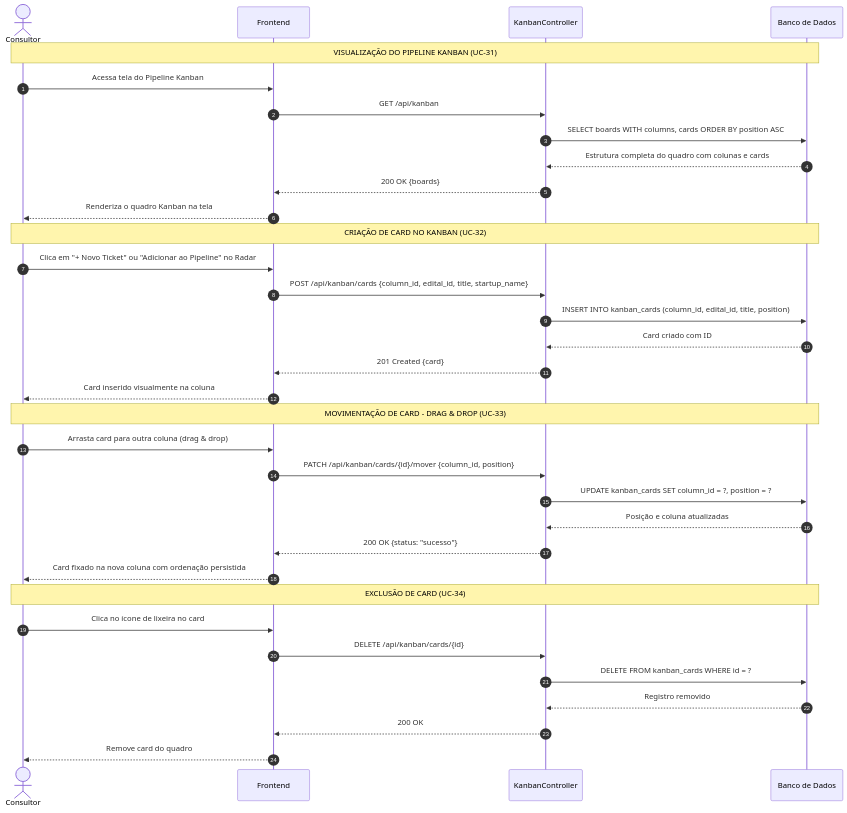
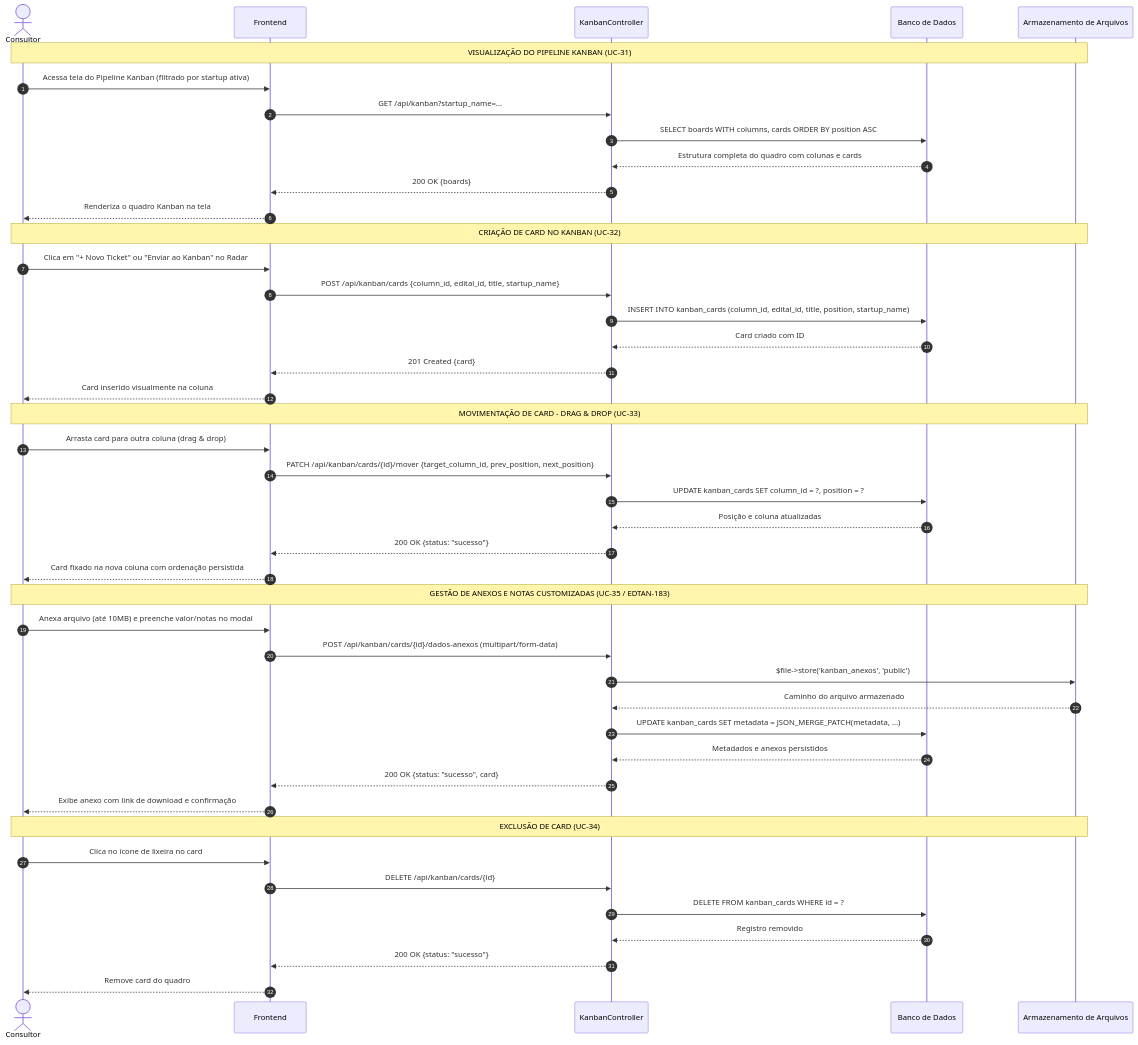
One commit to RobertoYz/PROJETO-ESCOLA-TI- changed the diagram in Documentação/Artefatos - 004/DIAGRAMA DE SEQUENCIA/Codigo mermaid/DS-07-KANBAN.mmd. Above: the diagram before and after it, drawn with Mermaid. The commit also changed 10 other files, not shown here.

Commit message:
EDTAN-184: Ajusta requisitos, diagramas, manuais e correcoes de codigo do Kanban

```diff
--- a/Documentação/Artefatos - 004/DIAGRAMA DE SEQUENCIA/Codigo mermaid/DS-07-KANBAN.mmd
+++ b/Documentação/Artefatos - 004/DIAGRAMA DE SEQUENCIA/Codigo mermaid/DS-07-KANBAN.mmd
@@ -1,42 +1,53 @@
 %% ────────────────────────────────────────────────────────────
 %% DS-07: PIPELINE KANBAN (UC-31 a UC-35)
-%% Visualização, criação, movimentação e exclusão de cards no fluxo REST
+%% Visualização, criação, movimentação, anexos e exclusão de cards no fluxo REST
 %% ────────────────────────────────────────────────────────────
 sequenceDiagram
     autonumber
     actor Consultor
     participant Frontend
     participant KanbanController
     participant BD as Banco de Dados
+    participant Storage as Armazenamento de Arquivos
 
-    Note over Consultor,BD: VISUALIZAÇÃO DO PIPELINE KANBAN (UC-31)
-    Consultor->>Frontend: Acessa tela do Pipeline Kanban
-    Frontend->>KanbanController: GET /api/kanban
+    Note over Consultor,Storage: VISUALIZAÇÃO DO PIPELINE KANBAN (UC-31)
+    Consultor->>Frontend: Acessa tela do Pipeline Kanban (filtrado por startup ativa)
+    Frontend->>KanbanController: GET /api/kanban?startup_name=...
     KanbanController->>BD: SELECT boards WITH columns, cards ORDER BY position ASC
     BD-->>KanbanController: Estrutura completa do quadro com colunas e cards
     KanbanController-->>Frontend: 200 OK {boards}
     Frontend-->>Consultor: Renderiza o quadro Kanban na tela
 
-    Note over Consultor,BD: CRIAÇÃO DE CARD NO KANBAN (UC-32)
-    Consultor->>Frontend: Clica em "+ Novo Ticket" ou "Adicionar ao Pipeline" no Radar
+    Note over Consultor,Storage: CRIAÇÃO DE CARD NO KANBAN (UC-32)
+    Consultor->>Frontend: Clica em "+ Novo Ticket" ou "Enviar ao Kanban" no Radar
     Frontend->>KanbanController: POST /api/kanban/cards {column_id, edital_id, title, startup_name}
-    KanbanController->>BD: INSERT INTO kanban_cards (column_id, edital_id, title, position)
+    KanbanController->>BD: INSERT INTO kanban_cards (column_id, edital_id, title, position, startup_name)
     BD-->>KanbanController: Card criado com ID
     KanbanController-->>Frontend: 201 Created {card}
     Frontend-->>Consultor: Card inserido visualmente na coluna
 
-    Note over Consultor,BD: MOVIMENTAÇÃO DE CARD - DRAG & DROP (UC-33)
+    Note over Consultor,Storage: MOVIMENTAÇÃO DE CARD - DRAG & DROP (UC-33)
     Consultor->>Frontend: Arrasta card para outra coluna (drag & drop)
-    Frontend->>KanbanController: PATCH /api/kanban/cards/{id}/mover {column_id, position}
+    Frontend->>KanbanController: PATCH /api/kanban/cards/{id}/mover {target_column_id, prev_position, next_position}
     KanbanController->>BD: UPDATE kanban_cards SET column_id = ?, position = ?
     BD-->>KanbanController: Posição e coluna atualizadas
     KanbanController-->>Frontend: 200 OK {status: "sucesso"}
     Frontend-->>Consultor: Card fixado na nova coluna com ordenação persistida
 
-    Note over Consultor,BD: EXCLUSÃO DE CARD (UC-34)
+    Note over Consultor,Storage: GESTÃO DE ANEXOS E NOTAS CUSTOMIZADAS (UC-35 / EDTAN-183)
+    Consultor->>Frontend: Anexa arquivo (até 10MB) e preenche valor/notas no modal
+    Frontend->>KanbanController: POST /api/kanban/cards/{id}/dados-anexos (multipart/form-data)
+    KanbanController->>Storage: $file->store('kanban_anexos', 'public')
+    Storage-->>KanbanController: Caminho do arquivo armazenado
+    KanbanController->>BD: UPDATE kanban_cards SET metadata = JSON_MERGE_PATCH(metadata, ...)
+    BD-->>KanbanController: Metadados e anexos persistidos
+    KanbanController-->>Frontend: 200 OK {status: "sucesso", card}
+    Frontend-->>Consultor: Exibe anexo com link de download e confirmação
+
+    Note over Consultor,Storage: EXCLUSÃO DE CARD (UC-34)
     Consultor->>Frontend: Clica no ícone de lixeira no card
     Frontend->>KanbanController: DELETE /api/kanban/cards/{id}
     KanbanController->>BD: DELETE FROM kanban_cards WHERE id = ?
     BD-->>KanbanController: Registro removido
-    KanbanController-->>Frontend: 200 OK
+    KanbanController-->>Frontend: 200 OK {status: "sucesso"}
     Frontend-->>Consultor: Remove card do quadro
```
